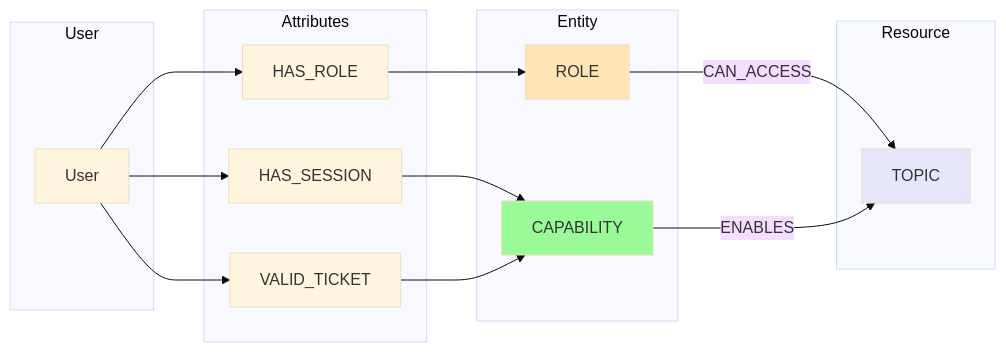
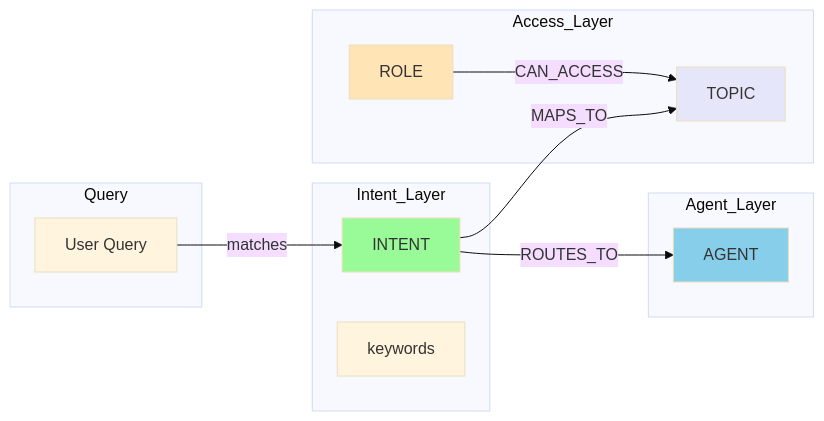
Before and after one commit to arananet/edgeneuro: the fifth of 5 diagrams in README.md, drawn with Mermaid (base theme). The commit also changed other lines of this file, not shown here.

First line of the commit message:
Update README with TRUE Neuro-Symbolic architecture diagrams

````diff
--- a/README.md
+++ b/README.md
@@ -204,35 +212,30 @@
 ```mermaid
 flowchart LR
-    subgraph User
-        U[User]
+    subgraph Query
+        Q[User Query]
     end
     
-    subgraph Attributes
-        A1[HAS_ROLE]
-        A2[HAS_SESSION]
-        A3[VALID_TICKET]
+    subgraph Intent_Layer
+        I[INTENT]
+        K[keywords]
     end
     
-    subgraph Entity
+    subgraph Access_Layer
         R[ROLE]
-        C[CAPABILITY]
-    end
-    
-    subgraph Resource
         T[TOPIC]
     end
     
-    U --> A1
-    U --> A2
-    U --> A3
+    subgraph Agent_Layer
+        A[AGENT]
+    end
     
-    A1 --> R
+    Q -->|matches| I
+    I -->|MAPS_TO| T
+    I -->|ROUTES_TO| A
     R -->|CAN_ACCESS| T
-    A2 --> C
-    C -->|ENABLES| T
-    A3 --> C
     
+    style I fill:#98FB98
     style T fill:#E6E6FA
     style R fill:#FFE4B5
-    style C fill:#98FB98
+    style A fill:#87CEEB
 ```
````
